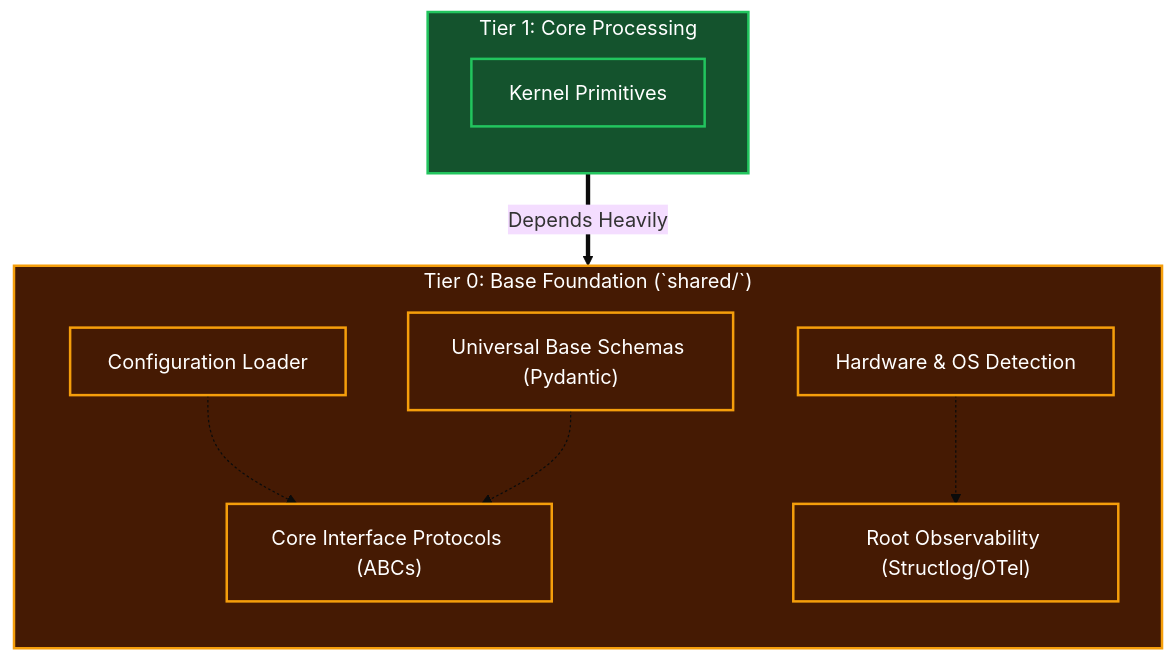
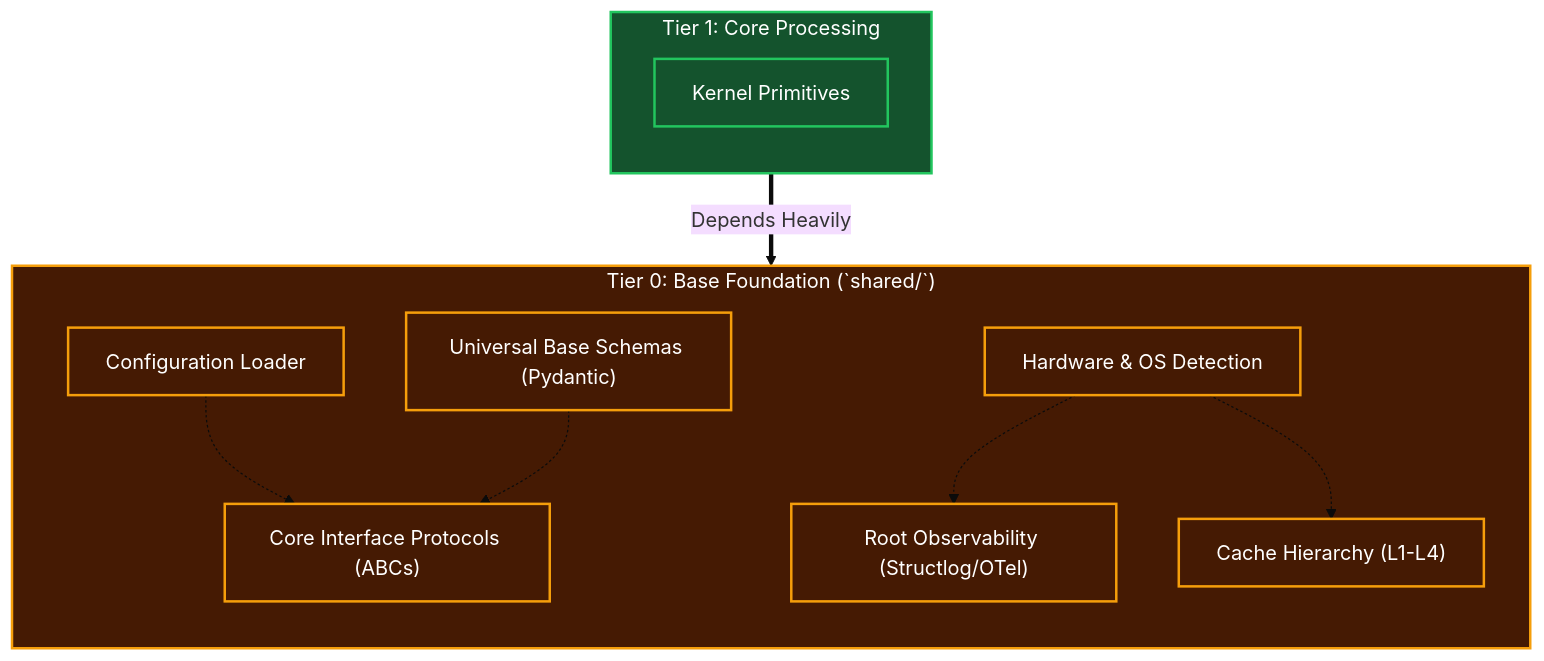
Before and after one commit to azzindani/Kea: the diagram in redesign/tier_0/tier_0_architecture.md, drawn with Mermaid (base theme). The commit also changed other lines of this file and 16 other files, not shown here.

````diff
--- a/redesign/tier_0/tier_0_architecture.md
+++ b/redesign/tier_0/tier_0_architecture.md
@@ -17,34 +18,36 @@
 ```mermaid
 flowchart TD
     %% T0 Scope
     subgraph sTier0["Tier 0: Base Foundation (`shared/`)"]
         direction TB
         
         %% Components
         nConfig["Configuration Loader"]
         nSchemas["Universal Base Schemas (Pydantic)"]
         nHardware["Hardware & OS Detection"]
         nLogging["Root Observability (Structlog/OTel)"]
         nProtocols["Core Interface Protocols (ABCs)"]
-        
+        nCache["Cache Hierarchy (L1-L4)"]
+
         %% Flow Details
         nConfig -.-> nProtocols
         nSchemas -.-> nProtocols
         nHardware -.-> nLogging
+        nHardware -.-> nCache
     end
 
     %% T1 Interface
     subgraph sTier1["Tier 1: Core Processing"]
         direction TB
         nT1Core["Kernel Primitives"]
     end
     
     %% Dependency definition
     sTier1 == "Depends Heavily" ==> sTier0
     
     classDef t0 fill:#451A03,stroke:#F59E0B,stroke-width:2px,color:#fff
     classDef t1 fill:#14532D,stroke:#22C55E,stroke-width:2px,color:#fff
     
-    class sTier0,nConfig,nSchemas,nHardware,nLogging,nProtocols t0
+    class sTier0,nConfig,nSchemas,nHardware,nLogging,nProtocols,nCache t0
     class sTier1,nT1Core t1
 ```
````
